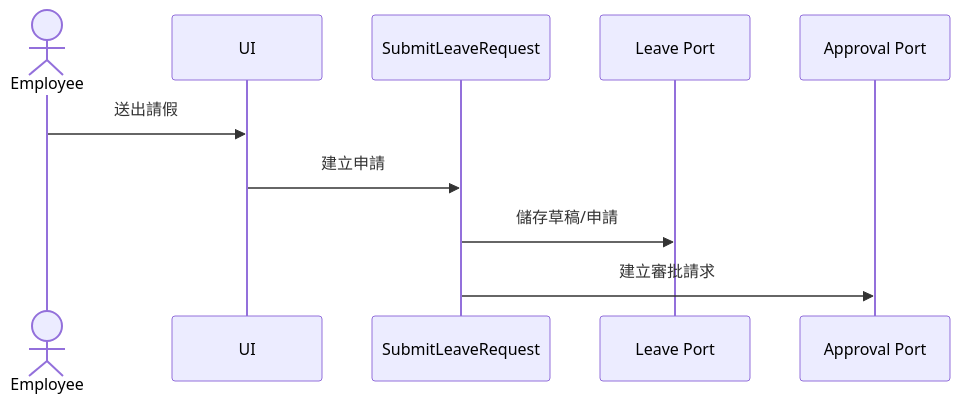
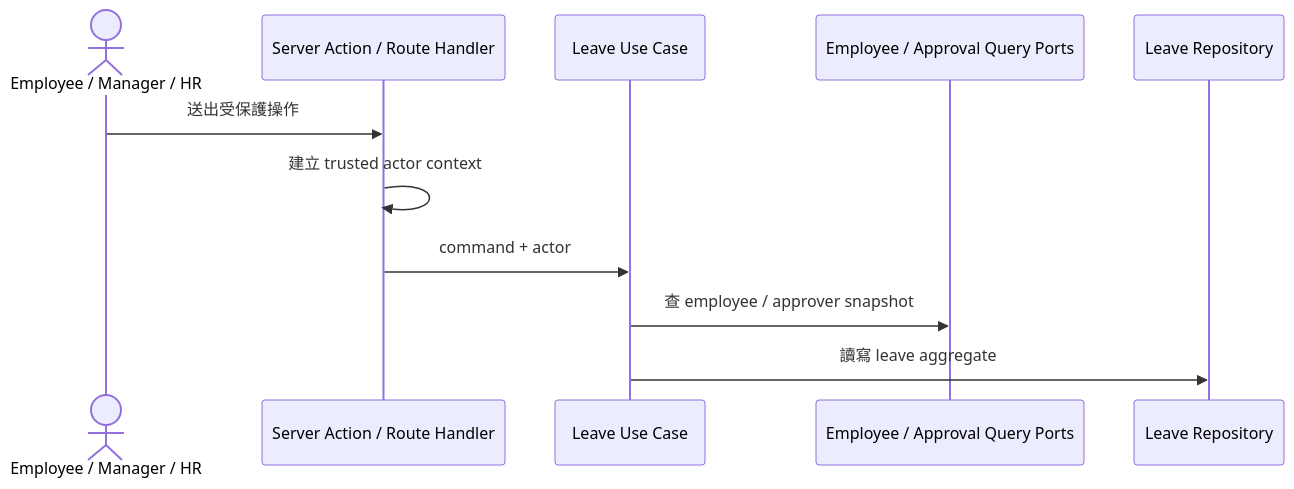
One commit to 369sup/worksync-hr changed the first of 2 diagrams in docs/03-application/use-cases.md. Above: the diagram before and after it, drawn with Mermaid. The commit also changed other lines of this file and 36 other files, not shown here.

````diff
--- a/docs/03-application/use-cases.md
+++ b/docs/03-application/use-cases.md
@@ -20,12 +8,13 @@
 ```mermaid
 sequenceDiagram
-  actor E as Employee
-  participant UI
-  participant UC as SubmitLeaveRequest
-  participant Repo as Leave Port
-  participant Ap as Approval Port
-  E->>UI: 送出請假
-  UI->>UC: 建立申請
-  UC->>Repo: 儲存草稿/申請
-  UC->>Ap: 建立審批請求
+  actor E as Employee / Manager / HR
+  participant A as Server Action / Route Handler
+  participant U as Leave Use Case
+  participant Q as Employee / Approval Query Ports
+  participant R as Leave Repository
+  E->>A: 送出受保護操作
+  A->>A: 建立 trusted actor context
+  A->>U: command + actor
+  U->>Q: 查 employee / approver snapshot
+  U->>R: 讀寫 leave aggregate
 ```
````
